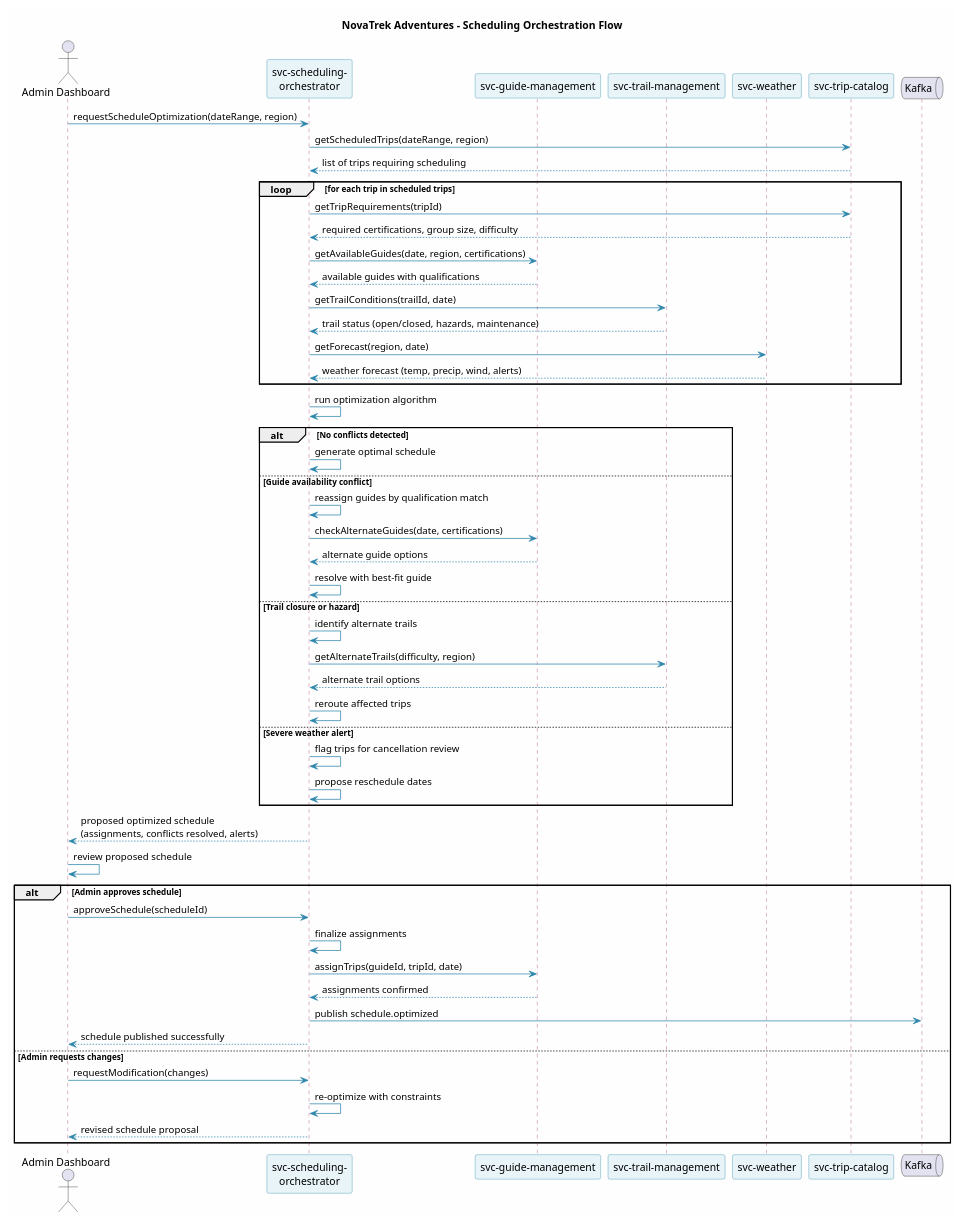
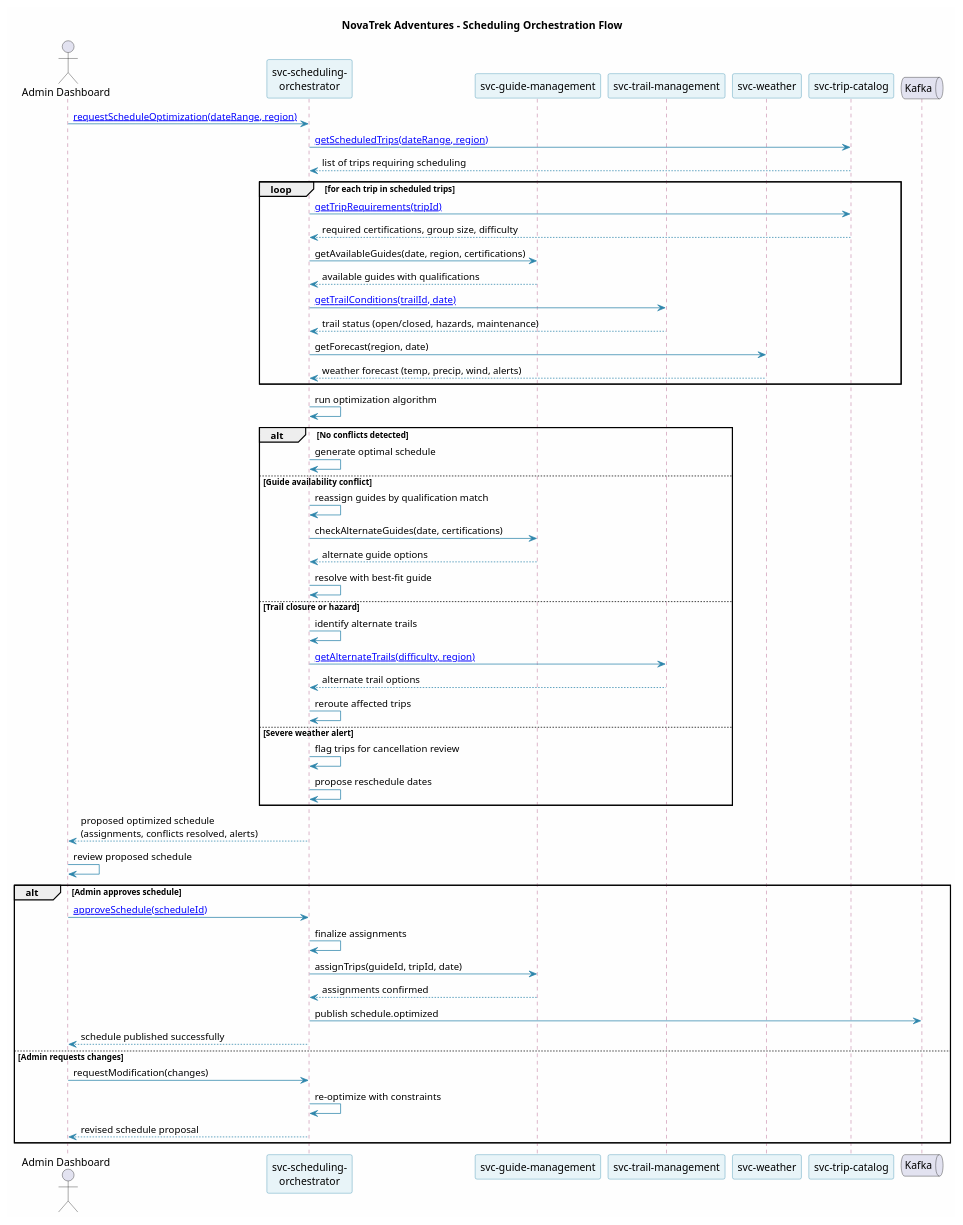
One commit to christopherblaisdell/continuous-architecture-platform-poc changed the diagram in site/phase-1-ai-tool-cost-comparison/workspace/corporate-services/diagrams/Sequence/scheduling-orchestration-flow.puml. Above: the diagram before and after it, drawn with PlantUML. The commit also changed 274 other files, not shown here.

Commit message:
make sure diagrams link to each other

```diff
--- a/site/phase-1-ai-tool-cost-comparison/workspace/corporate-services/diagrams/Sequence/scheduling-orchestration-flow.puml
+++ b/site/phase-1-ai-tool-cost-comparison/workspace/corporate-services/diagrams/Sequence/scheduling-orchestration-flow.puml
@@ -1,95 +1,95 @@
 @startuml scheduling-orchestration-flow
 ' NovaTrek Adventures - Scheduling Orchestration Flow
 ' Admin-driven schedule optimization across guides, trails, and weather
 
 title NovaTrek Adventures - Scheduling Orchestration Flow
 
 skinparam backgroundColor #FEFEFE
 skinparam shadowing false
 skinparam defaultFontName "Segoe UI"
 skinparam sequence {
     ArrowColor #2E86AB
     ParticipantBorderColor #2E86AB
     ParticipantBackgroundColor #E8F4F8
     LifeLineBorderColor #A23B72
     BoxBorderColor #F18F01
     BoxBackgroundColor #FFF8F0
 }
 
 ' ============================================================
 ' Participants
 ' ============================================================
 actor "Admin Dashboard" as admin
-participant "svc-scheduling-\norchestrator" as scheduler
+participant "svc-scheduling-\norchestrator" as scheduler [[/services/svc-scheduling-orchestrator/]]
 participant "svc-guide-management" as guides
-participant "svc-trail-management" as trails
+participant "svc-trail-management" as trails [[/services/svc-trail-management/]]
 participant "svc-weather" as weather
-participant "svc-trip-catalog" as catalog
+participant "svc-trip-catalog" as catalog [[/services/svc-trip-catalog/]]
 queue "Kafka" as kafka
 
 ' ============================================================
 ' Schedule Optimization Request
 ' ============================================================
-admin -> scheduler : requestScheduleOptimization(dateRange, region)
-scheduler -> catalog : getScheduledTrips(dateRange, region)
+admin -> scheduler : [[/services/svc-scheduling-orchestrator/ requestScheduleOptimization(dateRange, region)]]
+scheduler -> catalog : [[/services/svc-trip-catalog/ getScheduledTrips(dateRange, region)]]
 catalog --> scheduler : list of trips requiring scheduling
 
 ' ============================================================
 ' Data Gathering Loop
 ' ============================================================
 loop for each trip in scheduled trips
-    scheduler -> catalog : getTripRequirements(tripId)
+    scheduler -> catalog : [[/services/svc-trip-catalog/ getTripRequirements(tripId)]]
     catalog --> scheduler : required certifications, group size, difficulty
 
     scheduler -> guides : getAvailableGuides(date, region, certifications)
     guides --> scheduler : available guides with qualifications
 
-    scheduler -> trails : getTrailConditions(trailId, date)
+    scheduler -> trails : [[/services/svc-trail-management/ getTrailConditions(trailId, date)]]
     trails --> scheduler : trail status (open/closed, hazards, maintenance)
 
     scheduler -> weather : getForecast(region, date)
     weather --> scheduler : weather forecast (temp, precip, wind, alerts)
 end
 
 ' ============================================================
 ' Conflict Detection and Resolution
 ' ============================================================
 scheduler -> scheduler : run optimization algorithm
 
 alt No conflicts detected
     scheduler -> scheduler : generate optimal schedule
 else Guide availability conflict
     scheduler -> scheduler : reassign guides by qualification match
     scheduler -> guides : checkAlternateGuides(date, certifications)
     guides --> scheduler : alternate guide options
     scheduler -> scheduler : resolve with best-fit guide
 else Trail closure or hazard
     scheduler -> scheduler : identify alternate trails
-    scheduler -> trails : getAlternateTrails(difficulty, region)
+    scheduler -> trails : [[/services/svc-trail-management/ getAlternateTrails(difficulty, region)]]
     trails --> scheduler : alternate trail options
     scheduler -> scheduler : reroute affected trips
 else Severe weather alert
     scheduler -> scheduler : flag trips for cancellation review
     scheduler -> scheduler : propose reschedule dates
 end
 
 ' ============================================================
 ' Proposed Schedule Presentation
 ' ============================================================
 scheduler --> admin : proposed optimized schedule\n(assignments, conflicts resolved, alerts)
 admin -> admin : review proposed schedule
 
 alt Admin approves schedule
-    admin -> scheduler : approveSchedule(scheduleId)
+    admin -> scheduler : [[/services/svc-scheduling-orchestrator/ approveSchedule(scheduleId)]]
     scheduler -> scheduler : finalize assignments
     scheduler -> guides : assignTrips(guideId, tripId, date)
     guides --> scheduler : assignments confirmed
     scheduler -> kafka : publish schedule.optimized
     scheduler --> admin : schedule published successfully
 else Admin requests changes
     admin -> scheduler : requestModification(changes)
     scheduler -> scheduler : re-optimize with constraints
     scheduler --> admin : revised schedule proposal
 end
 
 @enduml
```
